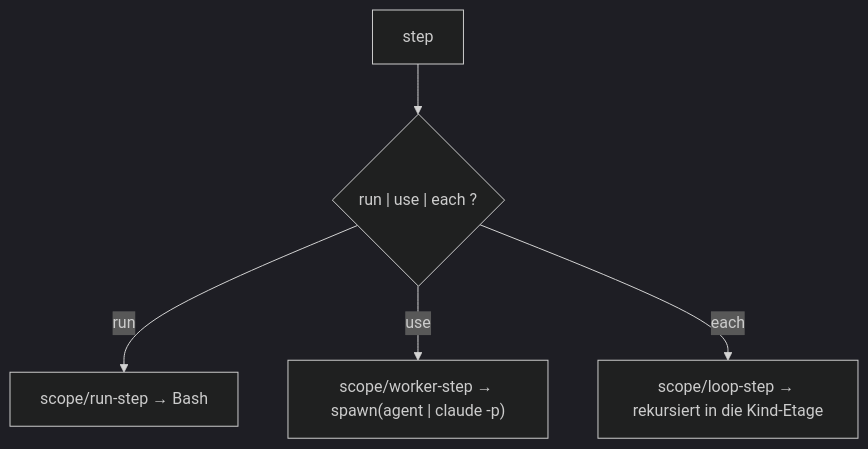
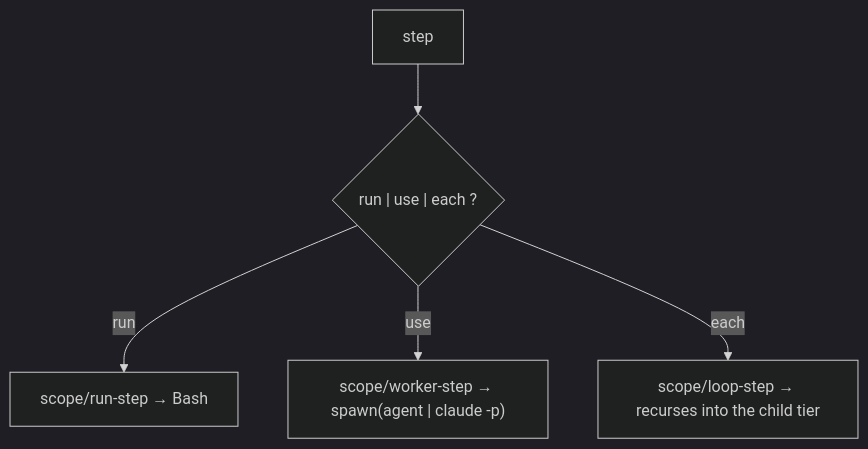
One commit to chafoo/anchored changed the diagram in docs/core/engine/step-runner.md. Above: the diagram before and after it, drawn with Mermaid (dark theme). The commit also changed other lines of this file and 131 other files, not shown here.

````diff
--- a/docs/core/engine/step-runner.md
+++ b/docs/core/engine/step-runner.md
@@ -23,7 +23,7 @@
 ```mermaid
 flowchart TB
     S["step"] --> Q{"run | use | each ?"}
     Q -->|run| RS["scope/run-step → Bash"]
     Q -->|use| WS["scope/worker-step → spawn(agent | claude -p)"]
-    Q -->|each| LS["scope/loop-step → rekursiert in die Kind-Etage"]
+    Q -->|each| LS["scope/loop-step → recurses into the child tier"]
 ```
````
